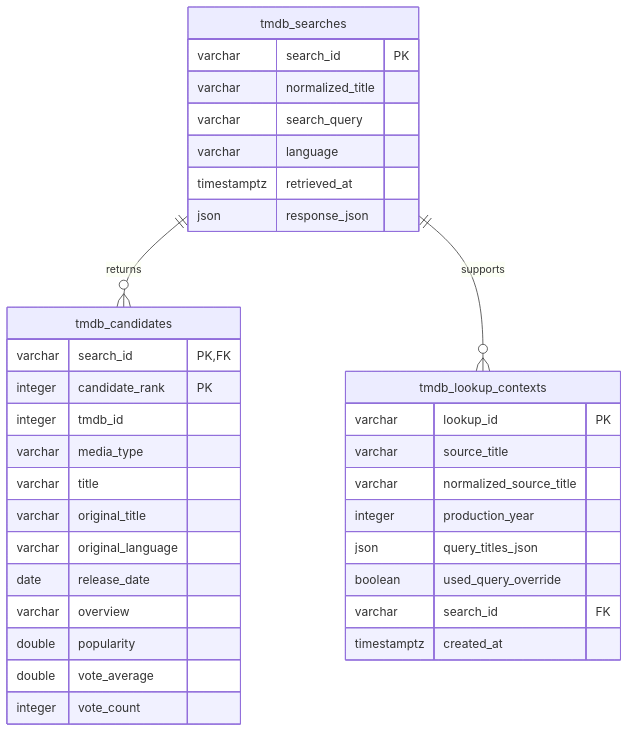
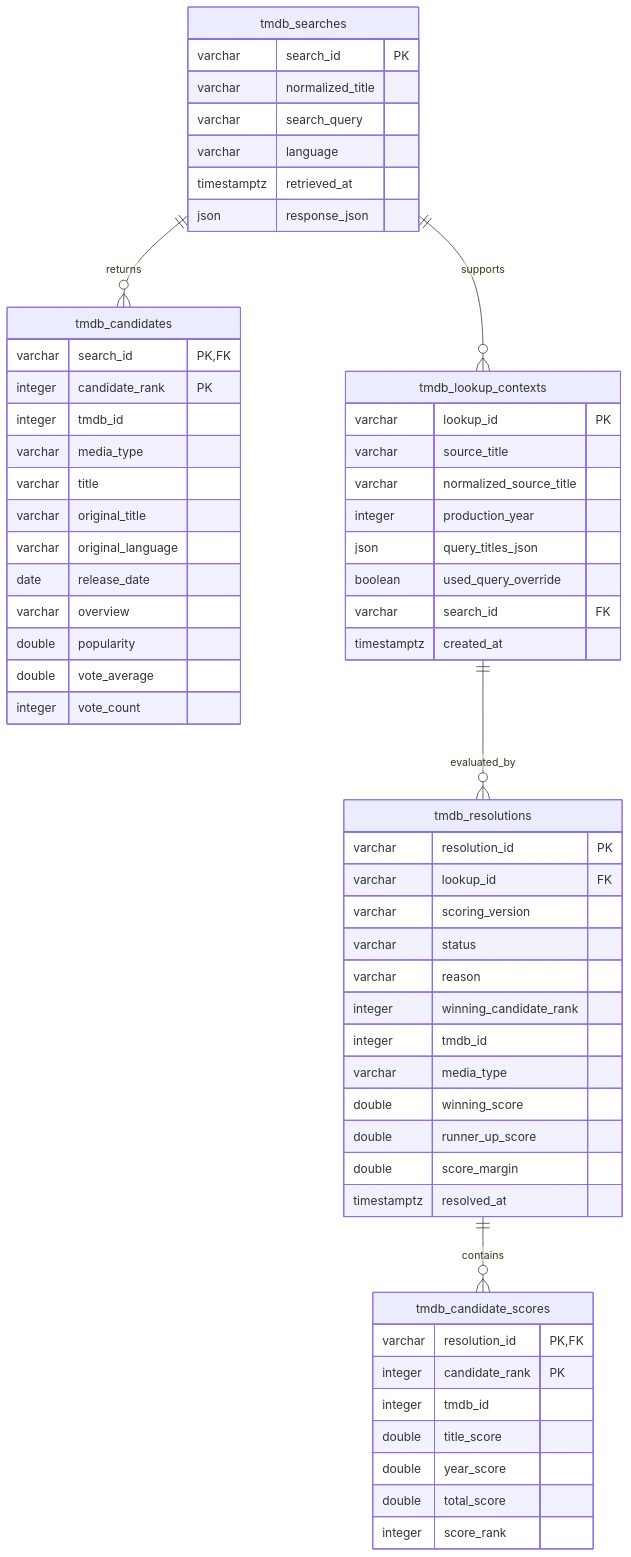
One commit to apantaz/greek-tv-highlights-radar changed the fourth of 6 diagrams in docs/data-model.md. Above: the diagram before and after it, drawn with Mermaid. The commit also changed other lines of this file and 12 other files, not shown here.

Commit message:
feat: add conservative candidate scoring (#23)

````diff
--- a/docs/data-model.md
+++ b/docs/data-model.md
@@ -83,40 +83,67 @@
 ```mermaid
 erDiagram
     tmdb_searches ||--o{ tmdb_candidates : returns
     tmdb_searches ||--o{ tmdb_lookup_contexts : supports
+    tmdb_lookup_contexts ||--o{ tmdb_resolutions : evaluated_by
+    tmdb_resolutions ||--o{ tmdb_candidate_scores : contains
 
     tmdb_searches {
         varchar search_id PK
         varchar normalized_title
         varchar search_query
         varchar language
         timestamptz retrieved_at
         json response_json
     }
 
     tmdb_candidates {
         varchar search_id PK, FK
         integer candidate_rank PK
         integer tmdb_id
         varchar media_type
         varchar title
         varchar original_title
         varchar original_language
         date release_date
         varchar overview
         double popularity
         double vote_average
         integer vote_count
     }
 
     tmdb_lookup_contexts {
         varchar lookup_id PK
         varchar source_title
         varchar normalized_source_title
         integer production_year
         json query_titles_json
         boolean used_query_override
         varchar search_id FK
         timestamptz created_at
     }
+
+    tmdb_resolutions {
+        varchar resolution_id PK
+        varchar lookup_id FK
+        varchar scoring_version
+        varchar status
+        varchar reason
+        integer winning_candidate_rank
+        integer tmdb_id
+        varchar media_type
+        double winning_score
+        double runner_up_score
+        double score_margin
+        timestamptz resolved_at
+    }
+
+    tmdb_candidate_scores {
+        varchar resolution_id PK, FK
+        integer candidate_rank PK
+        integer tmdb_id
+        double title_score
+        double year_score
+        double total_score
+        integer score_rank
+    }
 ```
````
